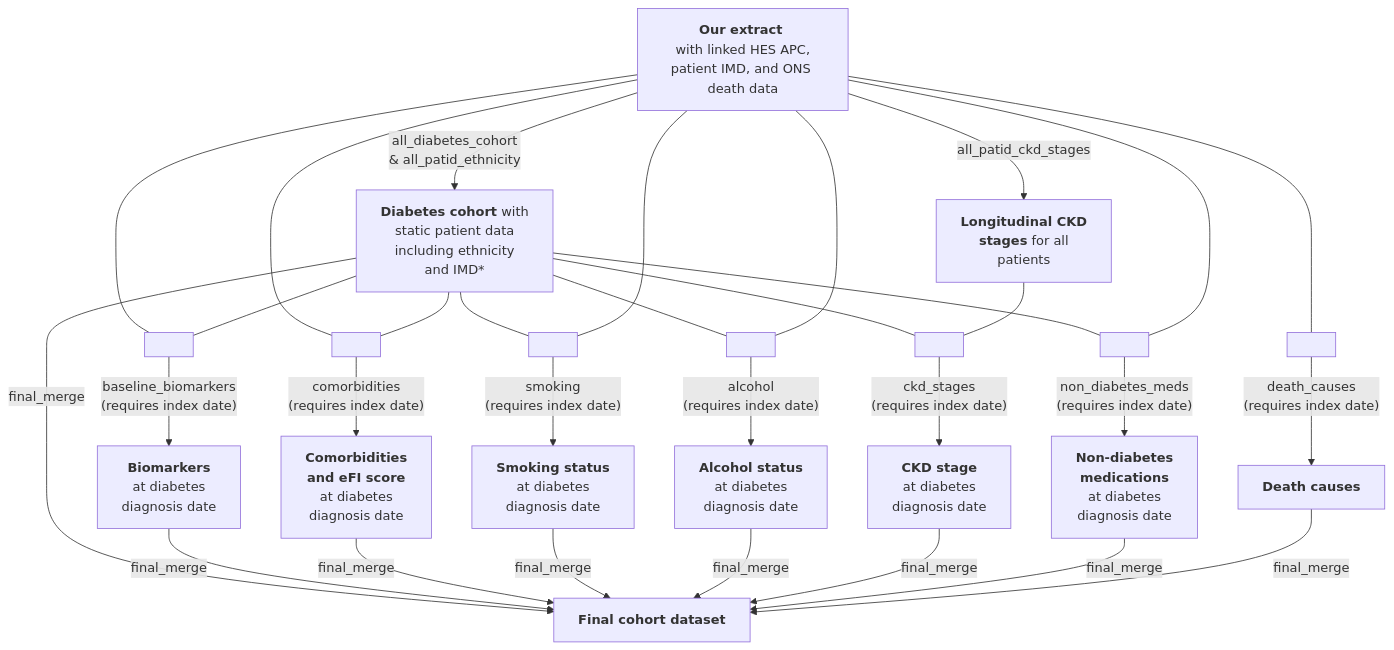
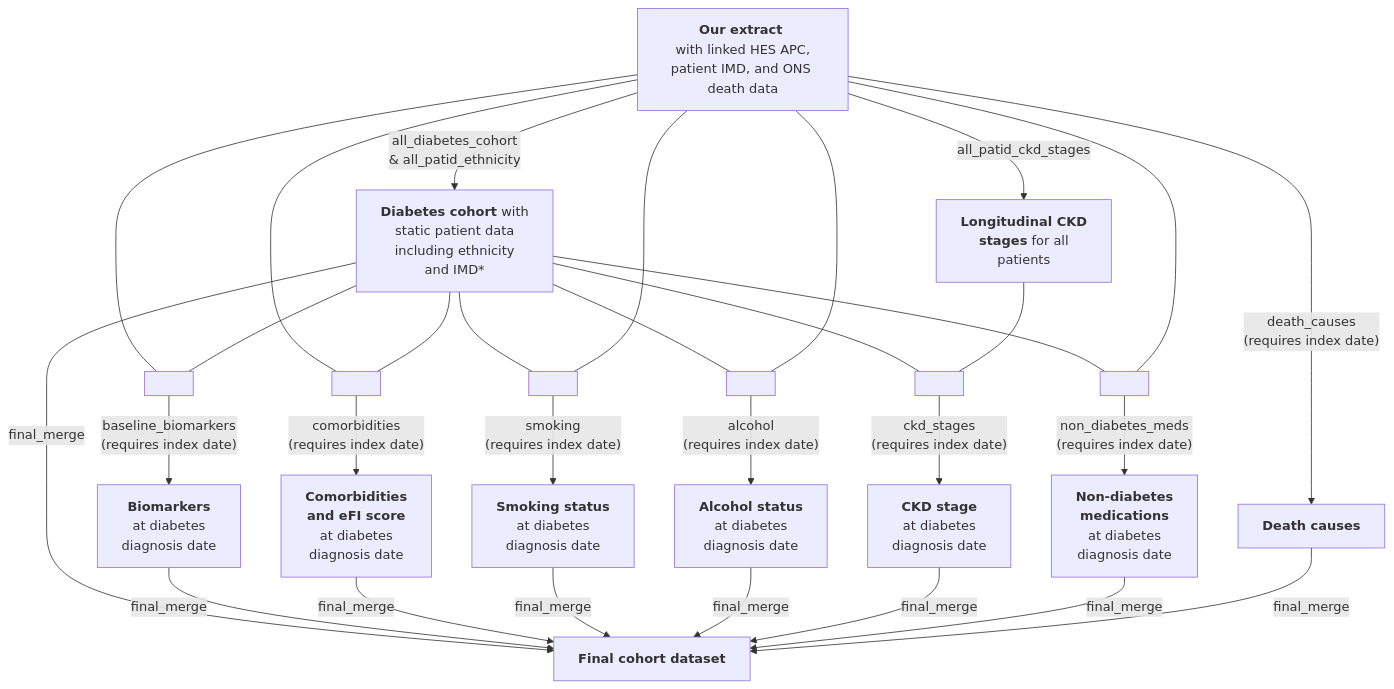
Before and after one commit to Exeter-Diabetes/CPRD-Cohort-scripts: the diagram in 01-At-diagnosis/README.md, drawn with Mermaid.

````diff
--- a/01-At-diagnosis/README.md
+++ b/01-At-diagnosis/README.md
@@ -11,41 +11,40 @@
 ```mermaid
 graph TD;
     A["<b>Our extract</b> <br> with linked HES APC, patient IMD, and ONS death data"] --> |"all_diabetes_cohort <br> & all_patid_ethnicity"|B["<b>Diabetes cohort</b> with <br> static patient data <br> including ethnicity <br> and IMD*"]
     A-->|"all_patid_ckd_stages"|C["<b>Longitudinal CKD <br> stages</b> for all <br> patients"]
 
-    A---S[ ]:::empty
-    S-->|"death_causes <br> (requires index date)"|L["<b>Death causes</b>"]
+    A-->|"death_causes <br> (requires index date)"|L["<b>Death causes</b>"]
 
     A---M[ ]:::empty
     B---M
     M-->|"baseline_biomarkers <br> (requires index date)"|E["<b>Biomarkers</b> <br> at diabetes <br> diagnosis date"]
    
     A---N[ ]:::empty
     B---N
     N-->|"comorbidities <br> (requires index date)"|F["<b>Comorbidities<br>and eFI score</b> <br> at diabetes <br> diagnosis date"]
 
     B---O[ ]:::empty
     A---O
     O-->|"smoking <br> (requires index date)"|G["<b>Smoking status</b> <br> at diabetes <br> diagnosis date"]
     
     B---P[ ]:::empty
     A---P
     P-->|"alcohol <br> (requires index date)"|H["<b>Alcohol status</b> <br> at diabetes <br> diagnosis date"]
 
     B---R[ ]:::empty
     A---R
     R-->|"non_diabetes_meds <br> (requires index date)"|K["<b>Non-diabetes<br>medications</b> <br> at diabetes <br> diagnosis date"]
 
     B---Q[ ]:::empty
     C---Q
     Q-->|"ckd_stages <br> (requires index date)"|I["<b>CKD stage </b> <br> at diabetes <br> diagnosis date"]
 
     B-->|"final_merge"|J["<b>Final cohort dataset</b>"]
     E-->|"final_merge"|J
     F-->|"final_merge"|J
     G-->|"final_merge"|J
     H-->|"final_merge"|J
     I-->|"final_merge"|J
     K-->|"final_merge"|J
     L-->|"final_merge"|J
 ```
````
